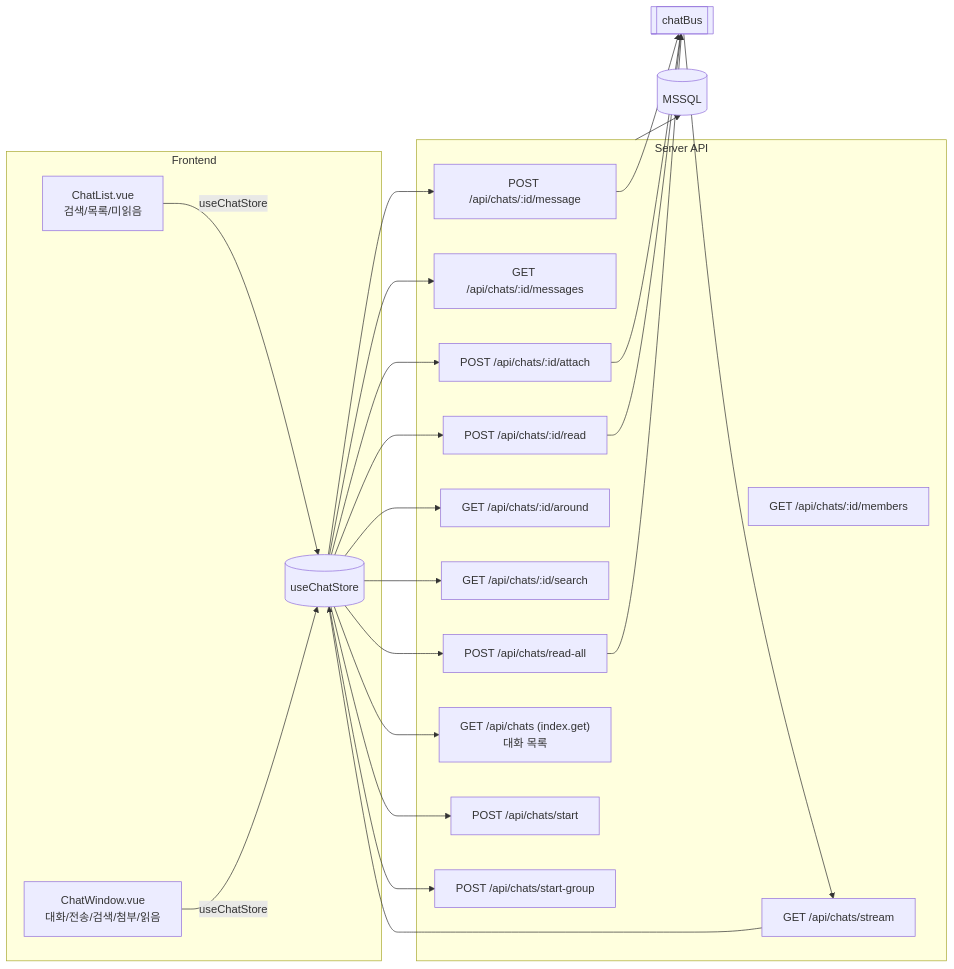
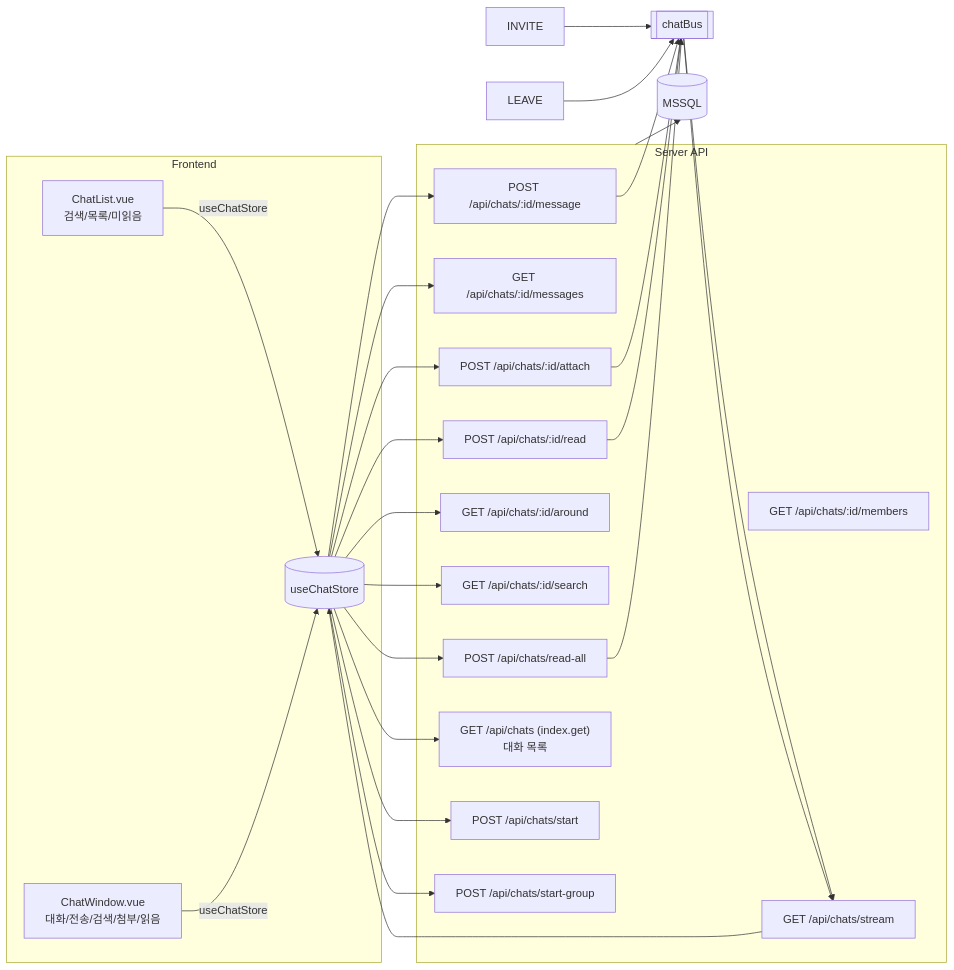
One commit to simonMoon83/nuxttest changed the first of 6 diagrams in docs/chat-overview.md. Above: the diagram before and after it, drawn with Mermaid. The commit also changed other lines of this file and 1 other file, not shown here.

````diff
--- a/docs/chat-overview.md
+++ b/docs/chat-overview.md
@@ -16,31 +17,32 @@
 ```mermaid
 flowchart LR
   subgraph FE[Frontend]
     CL["ChatList.vue<br/>검색/목록/미읽음"]
     CW["ChatWindow.vue<br/>대화/전송/검색/첨부/읽음"]
     ST[(useChatStore)]
   end
   subgraph API[Server API]
     IDX["GET /api/chats (index.get)<br/>대화 목록"]
     MSGS["GET /api/chats/:id/messages"]
     SEND["POST /api/chats/:id/message"]
     ATT["POST /api/chats/:id/attach"]
     AROUND["GET /api/chats/:id/around"]
     SEARCH["GET /api/chats/:id/search"]
     READ["POST /api/chats/:id/read"]
     READALL["POST /api/chats/read-all"]
     START["POST /api/chats/start"]
     SGRP["POST /api/chats/start-group"]
     MEM["GET /api/chats/:id/members"]
     SSE["GET /api/chats/stream"]
   end
   DB[(MSSQL)]
   BUS[[chatBus]]
 
   CL -- useChatStore --> ST
   CW -- useChatStore --> ST
   ST --> IDX & MSGS & SEND & ATT & AROUND & SEARCH & READ & READALL & START & SGRP
   SSE --> ST
   API --> DB
   SEND & ATT & READ & READALL --> BUS --> SSE
+  INVITE & LEAVE --> BUS --> SSE
 ```
````
